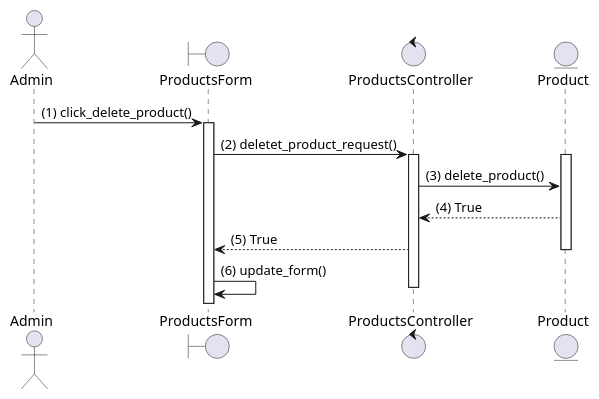
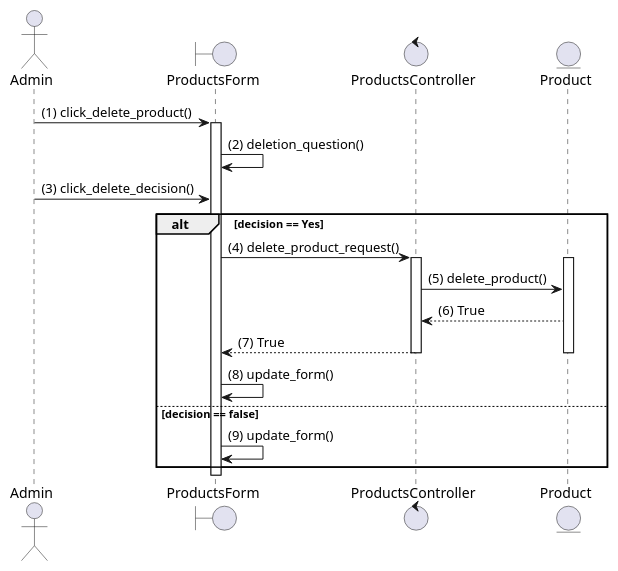
The diagram in laba_1-4/sequence/admin/delete_product.puml (UraharaKiska/umlk_diagram), drawn with PlantUML before and after one commit. The commit also changed 2 other files, not shown here.

Commit message:
add activity diagram

```diff
--- a/laba_1-4/sequence/admin/delete_product.puml
+++ b/laba_1-4/sequence/admin/delete_product.puml
@@ -1,26 +1,34 @@
 @startuml
 actor Admin
 boundary ProductsForm
 control ProductsController
 entity Product
 
 Admin -> ProductsForm : (1) click_delete_product()
 activate ProductsForm
 
-ProductsForm -> ProductsController : (2) deletet_product_request()
-activate ProductsController
+ProductsForm -> ProductsForm : (2) deletion_question()
 
-activate Product
-ProductsController -> Product : (3) delete_product()
-ProductsController <-- Product : (4) True
+Admin -> ProductsForm : (3) click_delete_decision()
 
-' DataBase --> ProductsController : (4) Данные о товаре
+alt decision == Yes
+    ProductsForm -> ProductsController : (4) delete_product_request()
+    activate ProductsController
+
+    activate Product
+    ProductsController -> Product : (5) delete_product()
+    ProductsController <-- Product : (6) True
+
+    ProductsController --> ProductsForm : (7) True
+    deactivate Product
+
+    deactivate ProductsController
+    ProductsForm -> ProductsForm : (8) update_form()
+else decision == false
+    ProductsForm -> ProductsForm : (9) update_form()
+end
+    
 
 
-ProductsController --> ProductsForm : (5) True
-deactivate Product
-
-ProductsForm -> ProductsForm : (6) update_form()
-deactivate ProductsController
 
 @enduml
```
